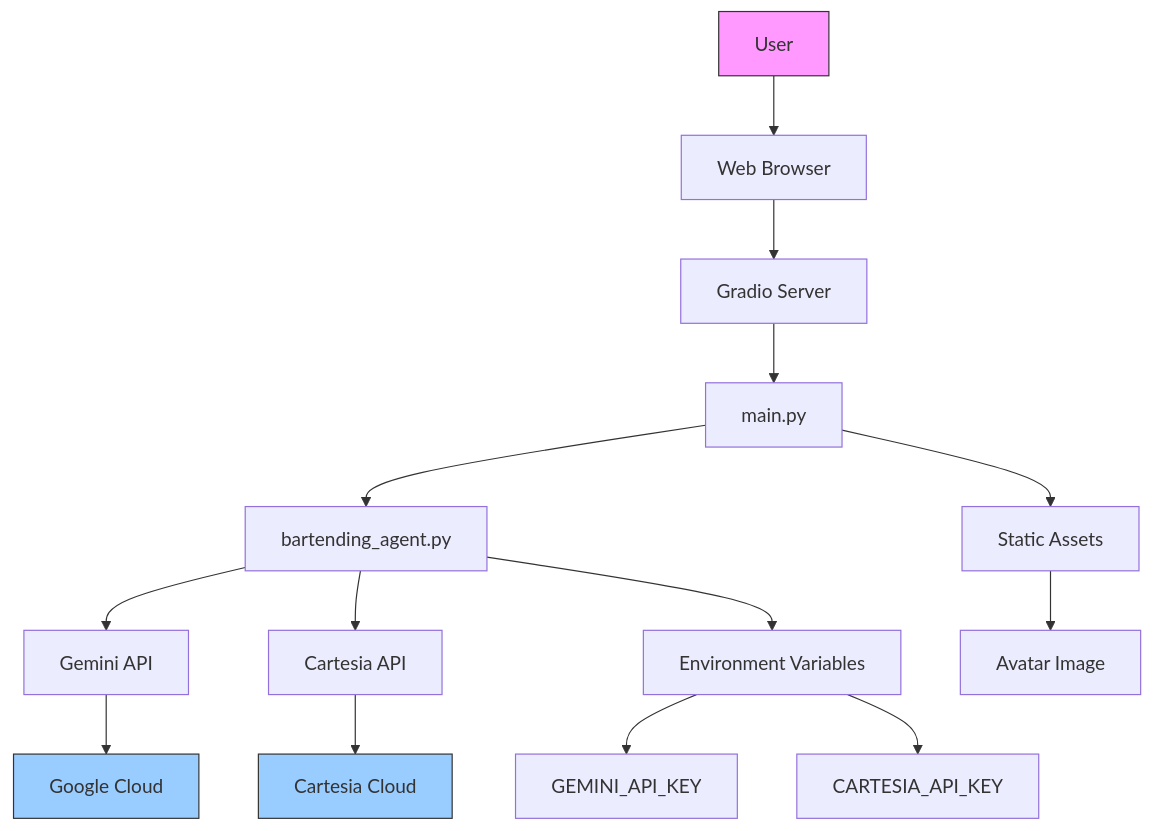
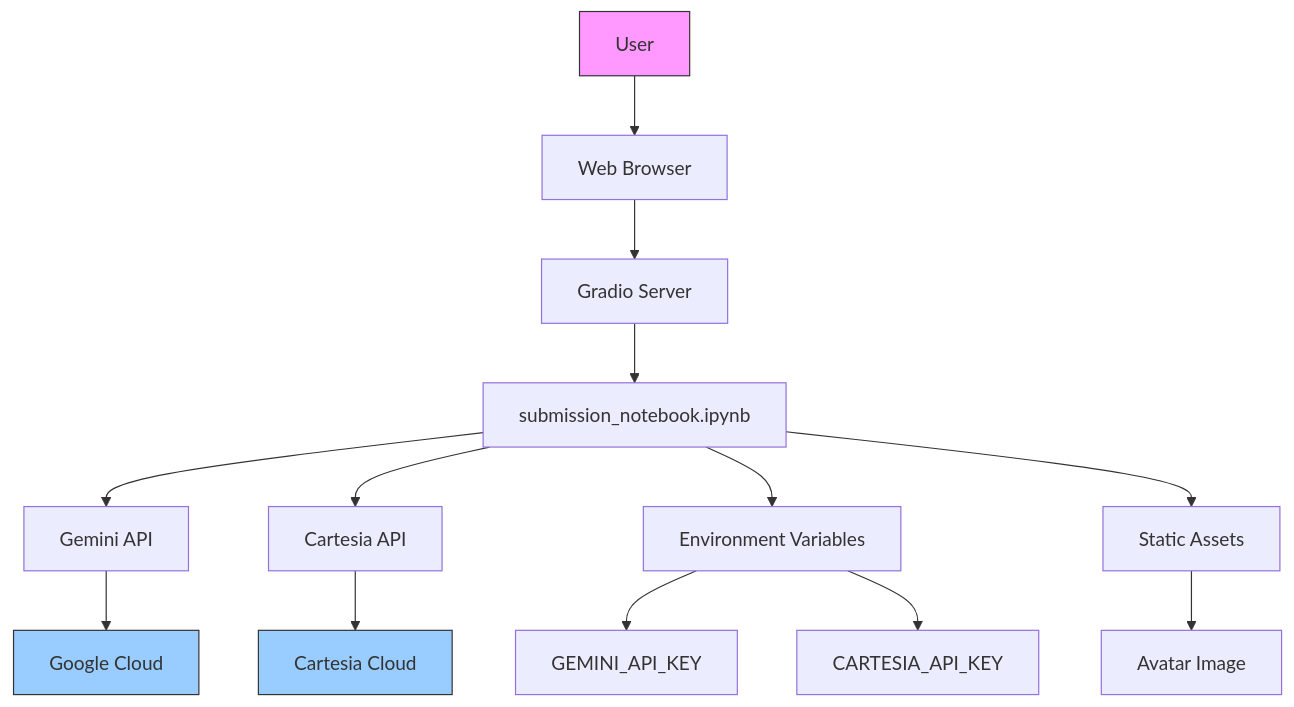
One commit to MOK-5-ha/MayaBartendingAgent changed the fourth of 4 diagrams in .qoder/repowiki/en/content/System Overview.md. Above: the diagram before and after it, drawn with Mermaid. The commit also changed other lines of this file and 14 other files, not shown here.

````diff
--- a/.qoder/repowiki/en/content/System Overview.md
+++ b/.qoder/repowiki/en/content/System Overview.md
@@ -260,19 +259,18 @@
 ```mermaid
 graph TD
 A[User] --> B[Web Browser]
 B --> C[Gradio Server]
-C --> D[main.py]
-D --> E[bartending_agent.py]
-E --> F[Gemini API]
-E --> G[Cartesia API]
-E --> H[Environment Variables]
-H --> I[GEMINI_API_KEY]
-H --> J[CARTESIA_API_KEY]
-F --> K[Google Cloud]
-G --> L[Cartesia Cloud]
-D --> M[Static Assets]
-M --> N[Avatar Image]
+C --> D[submission_notebook.ipynb]
+D --> E[Gemini API]
+D --> F[Cartesia API]
+D --> G[Environment Variables]
+G --> H[GEMINI_API_KEY]
+G --> I[CARTESIA_API_KEY]
+E --> J[Google Cloud]
+F --> K[Cartesia Cloud]
+D --> L[Static Assets]
+L --> M[Avatar Image]
 style A fill:#f9f,stroke:#333
+style J fill:#9cf,stroke:#333
 style K fill:#9cf,stroke:#333
-style L fill:#9cf,stroke:#333
 ```
````
